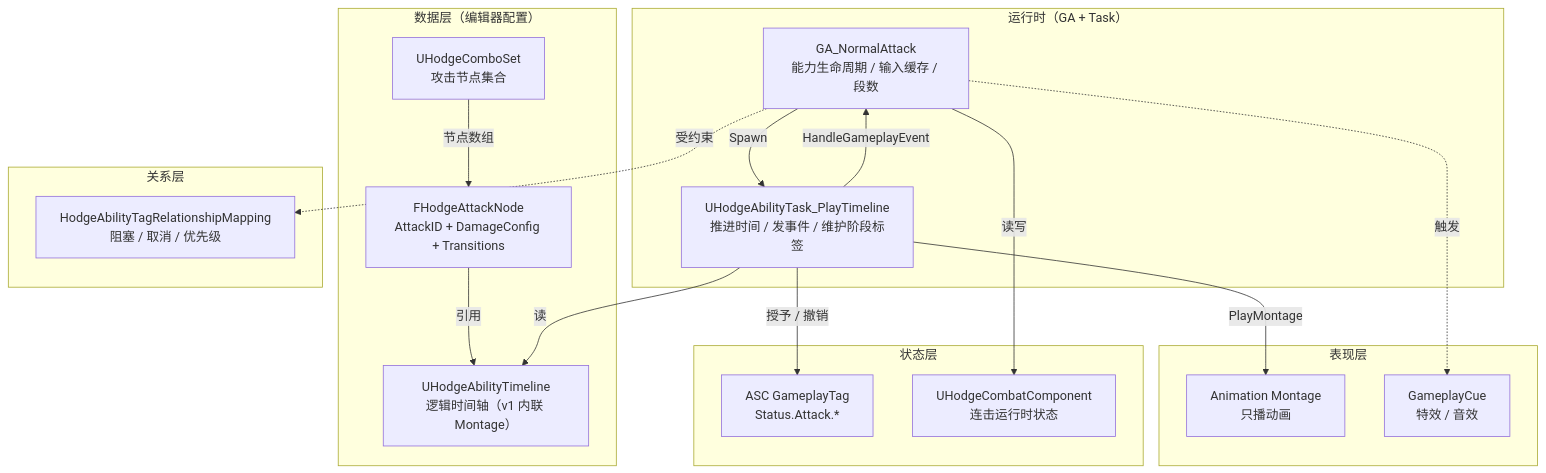
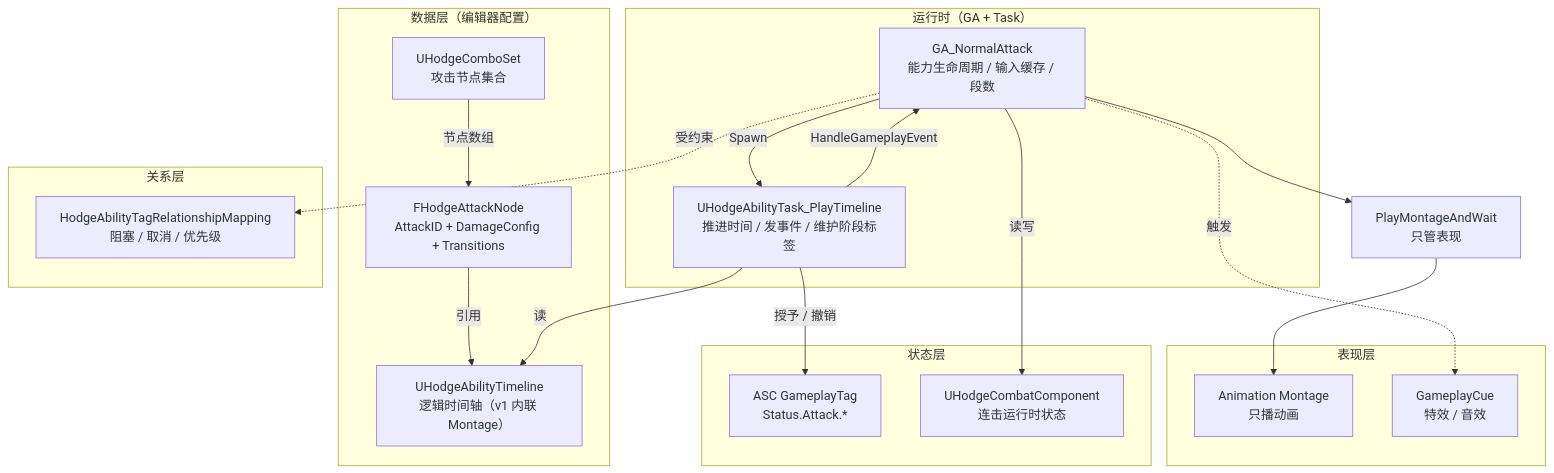
Before and after one commit to hengziwen/Hodgepodge: the first of 4 diagrams in Docs/Design/ability-timeline.md, drawn with Mermaid. The commit also changed other lines of this file, not shown here.

Commit message:
update:timeline实现文档

````diff
--- a/Docs/Design/ability-timeline.md
+++ b/Docs/Design/ability-timeline.md
@@ -193,38 +193,39 @@
 ```mermaid
 flowchart TB
     subgraph Data["数据层（编辑器配置）"]
         CS[UHodgeComboSet<br/>攻击节点集合]
         ND["FHodgeAttackNode<br/>AttackID + DamageConfig + Transitions"]
         TL[UHodgeAbilityTimeline<br/>逻辑时间轴（v1 内联 Montage）]
         CS -->|节点数组| ND
         ND -->|引用| TL
     end
 
     subgraph Runtime["运行时（GA + Task）"]
         GA[GA_NormalAttack<br/>能力生命周期 / 输入缓存 / 段数]
         TK[UHodgeAbilityTask_PlayTimeline<br/>推进时间 / 发事件 / 维护阶段标签]
         GA -->|Spawn| TK
         TK -->|读| TL
     end
 
     subgraph Present["表现层"]
         MT[Animation Montage<br/>只播动画]
         CV[GameplayCue<br/>特效 / 音效]
     end
 
     subgraph State["状态层"]
         AG[ASC GameplayTag<br/>Status.Attack.*]
         CP[UHodgeCombatComponent<br/>连击运行时状态]
     end
 
     subgraph Relation["关系层"]
         RM[HodgeAbilityTagRelationshipMapping<br/>阻塞 / 取消 / 优先级]
     end
 
-    TK -->|PlayMontage| MT
+    GA --> MTK[PlayMontageAndWait<br/>只管表现]
+    MTK --> MT
     TK -->|HandleGameplayEvent| GA
     TK -->|授予 / 撤销| AG
     GA -->|读写| CP
     GA -.受约束.-> RM
     GA -.触发.-> CV
 ```
````
